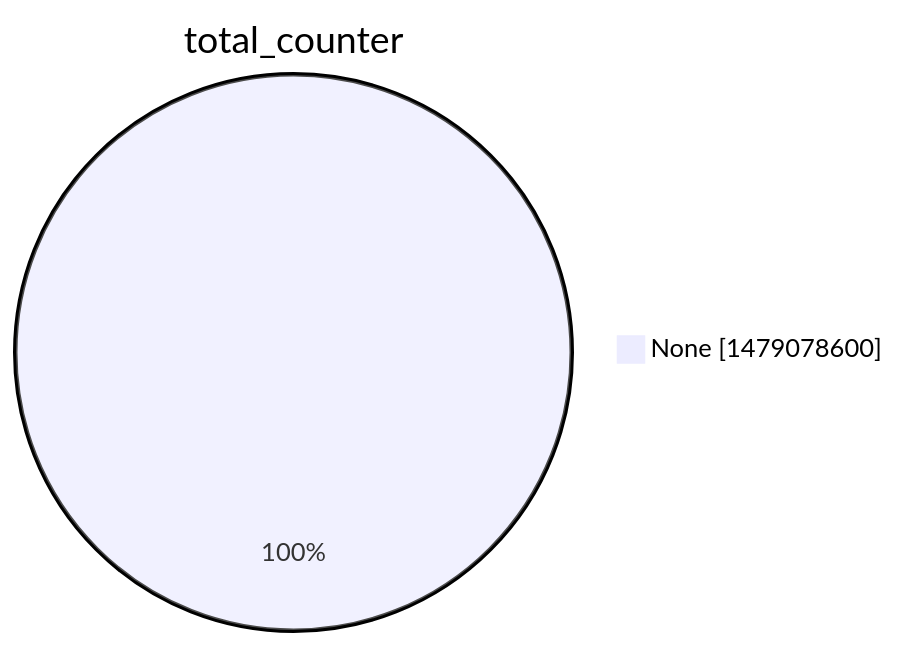
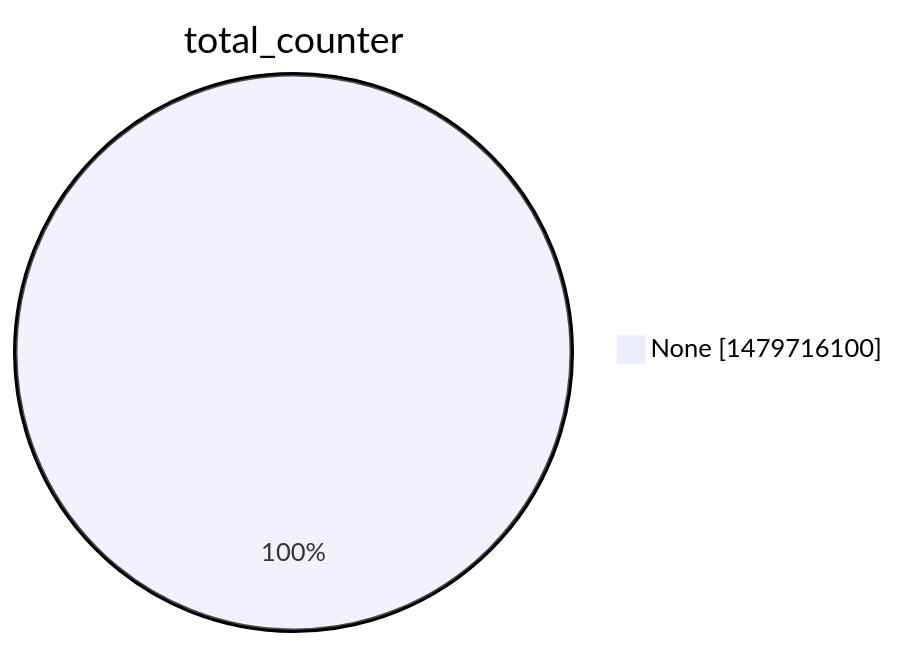
One commit to christiankrug/ctmonitor_visualization changed the second of 15 diagrams in argon2022/README.md. Above: the diagram before and after it, drawn with Mermaid. The commit also changed other lines of this file, not shown here.

````diff
--- a/argon2022/README.md
+++ b/argon2022/README.md
@@ -9,5 +9,5 @@
 ```mermaid
 pie showData
 title total_counter
-"None" :1479078600
+"None" :1479716100
 ```
````
